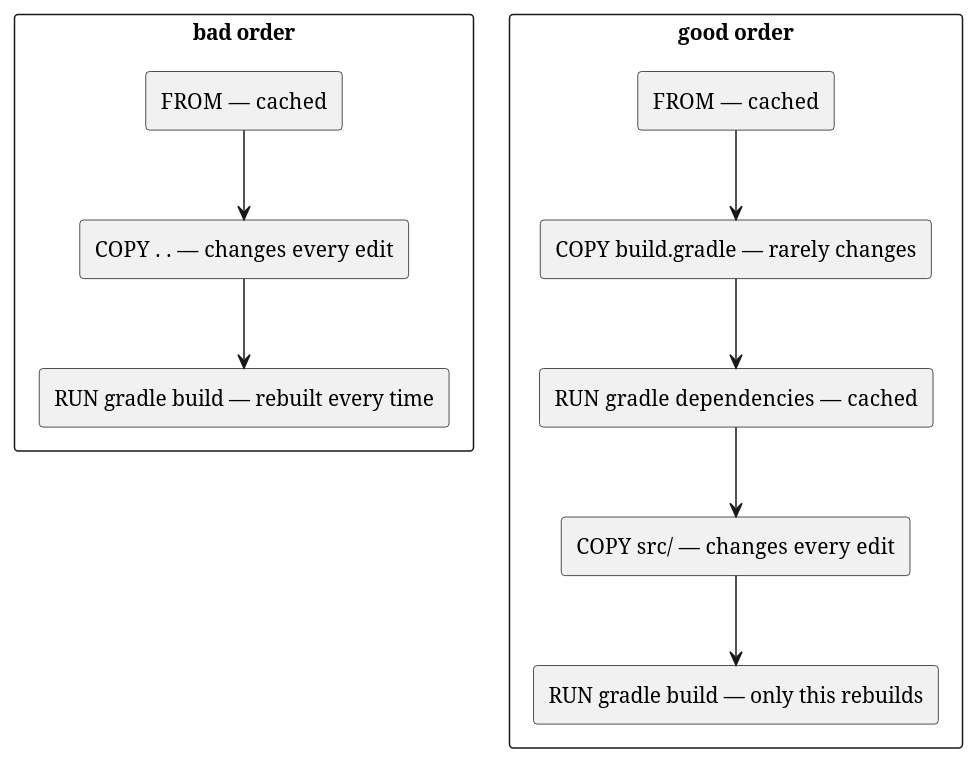
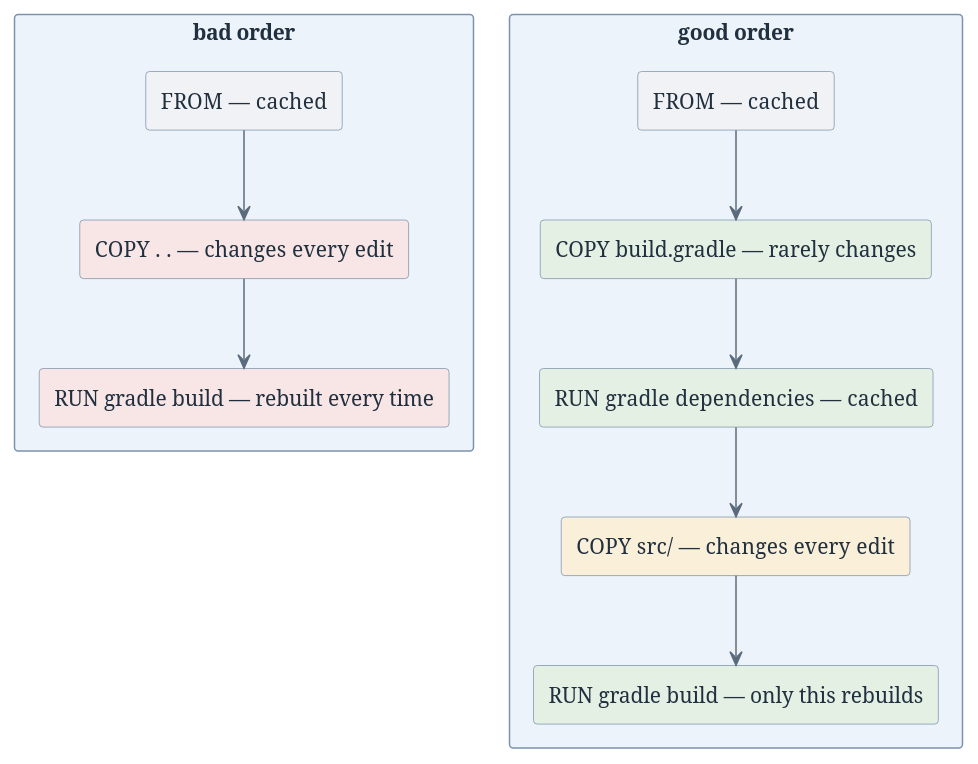
Before and after one commit to htl-leonding-college/curriculum-syp3: the diagram in modules/docker-images/index.adoc, drawn with PlantUML. The commit also changed 65 other files, not shown here.

First line of the commit message:
feat(site): give the diagrams a semantic pastel palette

```diff
--- a/modules/docker-images/index.adoc
+++ b/modules/docker-images/index.adoc
@@ -64,28 +64,31 @@
 [plantuml,layer-cache,svg]
 ----
 @startuml
-skinparam monochrome true
+<style>
+element { BackgroundColor #EDF3FA; LineColor #7C93AD; FontColor #21303F }
+arrow { LineColor #5A6B7D; FontColor #21303F }
+</style>
 skinparam shadowing false
 skinparam defaultFontName Helvetica
 
 rectangle "bad order" {
-  rectangle "FROM  — cached" as B1
-  rectangle "COPY . .  — changes every edit" as B2
-  rectangle "RUN gradle build  — rebuilt every time" as B3
+  rectangle "FROM  — cached" as B1 #F0F2F5
+  rectangle "COPY . .  — changes every edit" as B2 #F8E5E5
+  rectangle "RUN gradle build  — rebuilt every time" as B3 #F8E5E5
   B1 -down-> B2
   B2 -down-> B3
 }
 
 rectangle "good order" {
-  rectangle "FROM  — cached" as G1
-  rectangle "COPY build.gradle  — rarely changes" as G2
-  rectangle "RUN gradle dependencies  — cached" as G3
-  rectangle "COPY src/  — changes every edit" as G4
-  rectangle "RUN gradle build  — only this rebuilds" as G5
+  rectangle "FROM  — cached" as G1 #F0F2F5
+  rectangle "COPY build.gradle  — rarely changes" as G2 #E4F0E4
+  rectangle "RUN gradle dependencies  — cached" as G3 #E4F0E4
+  rectangle "COPY src/  — changes every edit" as G4 #FAF0D9
+  rectangle "RUN gradle build  — only this rebuilds" as G5 #E4F0E4
   G1 -down-> G2
   G2 -down-> G3
   G3 -down-> G4
   G4 -down-> G5
 }
 @enduml
 ----
```
